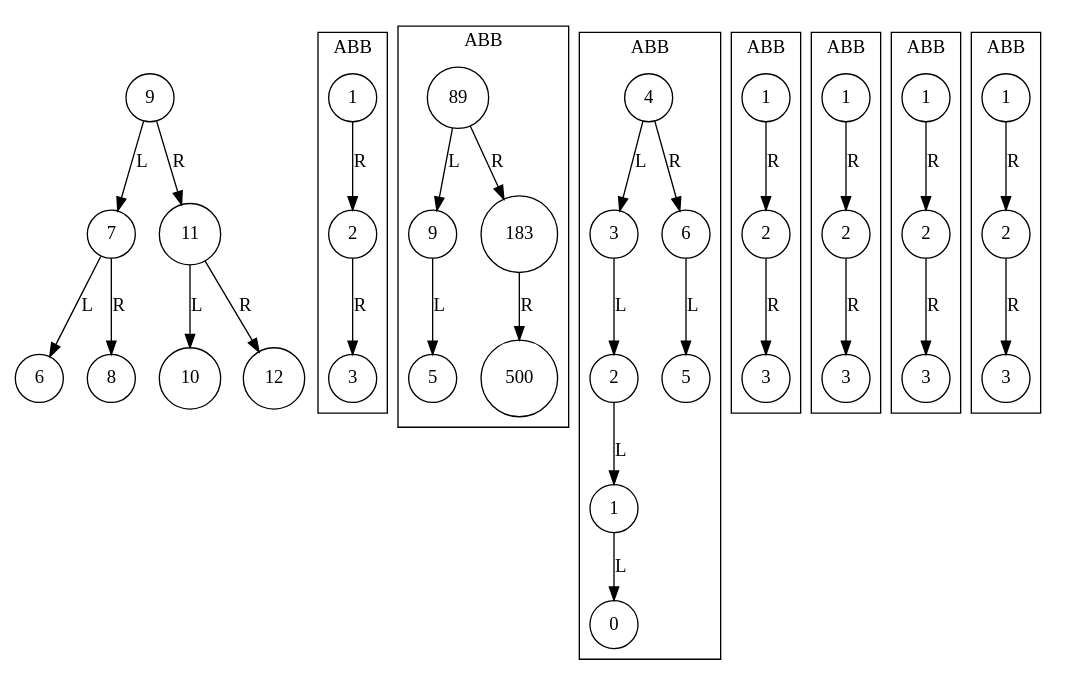
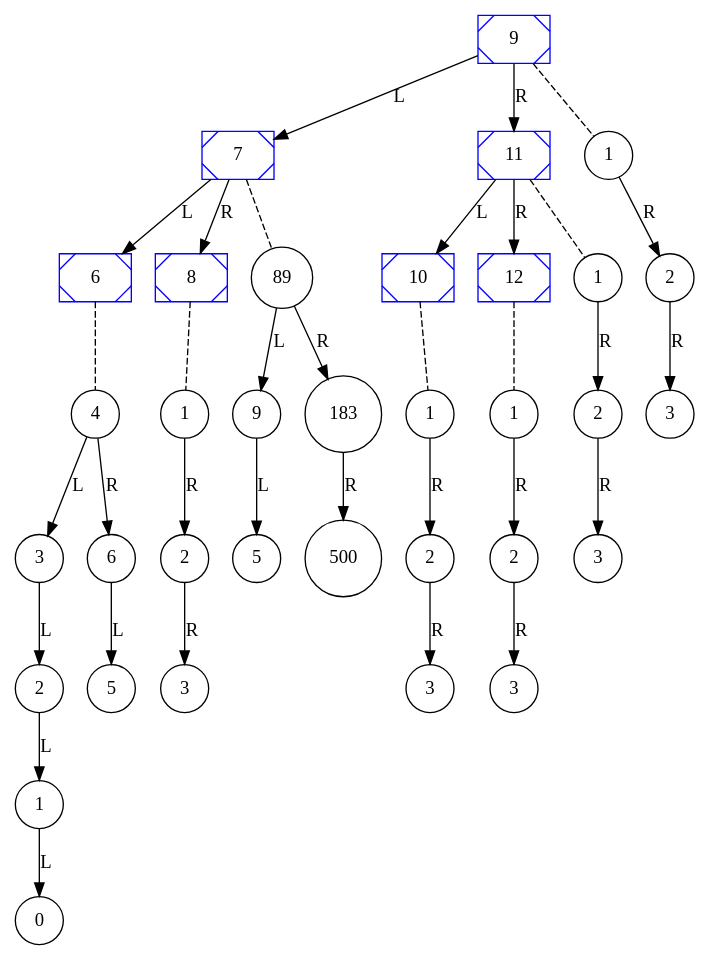
The diagram in executable/graphAVL.dot (HenryD11703/EDD_PROYECTO2_202004071), drawn with Graphviz before and after one commit. The commit also changed 23 other files, not shown here.

```diff
--- a/executable/graphAVL.dot
+++ b/executable/graphAVL.dot
@@ -1,84 +1,70 @@
 digraph G{
 node [shape=circle];
-"2137008983216"[label="9"];
-"2137008983120"[label="7"];
-"2137008983360"[label="6"];
-"2137008982640"[label="8"];
-"2137008983024"[label="11"];
-"2137008982592"[label="10"];
-"2137008983072"[label="12"];
-"2137008983216" -> "2137008983120" [label = "L"];
-"2137008983216" -> "2137008983024" [label = "R"];
-"2137008983120" -> "2137008983360" [label = "L"];
-"2137008983120" -> "2137008982640" [label = "R"];
-"2137008983024" -> "2137008982592" [label = "L"];
-"2137008983024" -> "2137008983072" [label = "R"];
-subgraph cluster_2137008983216 { 
-label="ABB";
-"2137008988960"[label="1"];
-"2137008988960" -> "2137008988992" [label = "R"];
-"2137008988992"[label="2"];
-"2137008988992" -> "2137008989248" [label = "R"];
-"2137008989248"[label="3"];
+"1406926154640"[label="9", shape="rectangle", color="#0400ff",   style="diagonals"];
+"1406926154736"[label="7", shape="rectangle", color="#0400ff",   style="diagonals"];
+"1406926154688"[label="6", shape="rectangle", color="#0400ff",   style="diagonals"];
+"1406926154544"[label="8", shape="rectangle", color="#0400ff",   style="diagonals"];
+"1406926155360"[label="11", shape="rectangle", color="#0400ff",   style="diagonals"];
+"1406926155312"[label="10", shape="rectangle", color="#0400ff",   style="diagonals"];
+"1406926155216"[label="12", shape="rectangle", color="#0400ff",   style="diagonals"];
+"1406926154640" -> "1406925704032" [style=dashed, arrowhead=none];
+"1406926154640" -> "1406926154736" [label = "L"];
+"1406926154640" -> "1406926155360" [label = "R"];
+"1406926154736" -> "1406925703808" [style=dashed, arrowhead=none];
+"1406926154736" -> "1406926154688" [label = "L"];
+"1406926154736" -> "1406926154544" [label = "R"];
+"1406926154688" -> "1406925703936" [style=dashed, arrowhead=none];
+"1406926154544" -> "1406925703776" [style=dashed, arrowhead=none];
+"1406926155360" -> "1406925704096" [style=dashed, arrowhead=none];
+"1406926155360" -> "1406926155312" [label = "L"];
+"1406926155360" -> "1406926155216" [label = "R"];
+"1406926155312" -> "1406925703456" [style=dashed, arrowhead=none];
+"1406926155216" -> "1406925703488" [style=dashed, arrowhead=none];
+"1406925704032"[label="1"];
+"1406925704032" -> "1406925704256" [label = "R"];
+"1406925704256"[label="2"];
+"1406925704256" -> "1406925703872" [label = "R"];
+"1406925703872"[label="3"];
+"1406925703808"[label="89"];
+"1406925703808" -> "1406925703552" [label = "L"];
+"1406925703808" -> "1406925703680" [label = "R"];
+"1406925703552"[label="9"];
+"1406925703552" -> "1406925703840" [label = "L"];
+"1406925703840"[label="5"];
+"1406925703680"[label="183"];
+"1406925703680" -> "1406925704352" [label = "R"];
+"1406925704352"[label="500"];
+"1406925703936"[label="4"];
+"1406925703936" -> "1406925704224" [label = "L"];
+"1406925703936" -> "1406925704320" [label = "R"];
+"1406925704224"[label="3"];
+"1406925704224" -> "1406925703968" [label = "L"];
+"1406925703968"[label="2"];
+"1406925703968" -> "1406925703744" [label = "L"];
+"1406925703744"[label="1"];
+"1406925703744" -> "1406925703616" [label = "L"];
+"1406925703616"[label="0"];
+"1406925704320"[label="6"];
+"1406925704320" -> "1406925703648" [label = "L"];
+"1406925703648"[label="5"];
+"1406925703776"[label="1"];
+"1406925703776" -> "1406925703904" [label = "R"];
+"1406925703904"[label="2"];
+"1406925703904" -> "1406925704000" [label = "R"];
+"1406925704000"[label="3"];
+"1406925704096"[label="1"];
+"1406925704096" -> "1406925704128" [label = "R"];
+"1406925704128"[label="2"];
+"1406925704128" -> "1406925704160" [label = "R"];
+"1406925704160"[label="3"];
+"1406925703456"[label="1"];
+"1406925703456" -> "1406925704064" [label = "R"];
+"1406925704064"[label="2"];
+"1406925704064" -> "1406925704288" [label = "R"];
+"1406925704288"[label="3"];
+"1406925703488"[label="1"];
+"1406925703488" -> "1406925704192" [label = "R"];
+"1406925704192"[label="2"];
+"1406925704192" -> "1406925703520" [label = "R"];
+"1406925703520"[label="3"];
 }
-subgraph cluster_2137008983120 { 
-label="ABB";
-"2137008989536"[label="89"];
-"2137008989536" -> "2137008989440" [label = "L"];
-"2137008989536" -> "2137008989312" [label = "R"];
-"2137008989440"[label="9"];
-"2137008989440" -> "2137008989088" [label = "L"];
-"2137008989088"[label="5"];
-"2137008989312"[label="183"];
-"2137008989312" -> "2137008989184" [label = "R"];
-"2137008989184"[label="500"];
-}
-subgraph cluster_2137008983360 { 
-label="ABB";
-"2137008989280"[label="4"];
-"2137008989280" -> "2137008988768" [label = "L"];
-"2137008989280" -> "2137008989152" [label = "R"];
-"2137008988768"[label="3"];
-"2137008988768" -> "2137008989120" [label = "L"];
-"2137008989120"[label="2"];
-"2137008989120" -> "2137008989568" [label = "L"];
-"2137008989568"[label="1"];
-"2137008989568" -> "2137008988704" [label = "L"];
-"2137008988704"[label="0"];
-"2137008989152"[label="6"];
-"2137008989152" -> "2137008989504" [label = "L"];
-"2137008989504"[label="5"];
-}
-subgraph cluster_2137008982640 { 
-label="ABB";
-"2137008989216"[label="1"];
-"2137008989216" -> "2137008989344" [label = "R"];
-"2137008989344"[label="2"];
-"2137008989344" -> "2137008988832" [label = "R"];
-"2137008988832"[label="3"];
-}
-subgraph cluster_2137008983024 { 
-label="ABB";
-"2137008989376"[label="1"];
-"2137008989376" -> "2137008988800" [label = "R"];
-"2137008988800"[label="2"];
-"2137008988800" -> "2137008989472" [label = "R"];
-"2137008989472"[label="3"];
-}
-subgraph cluster_2137008982592 { 
-label="ABB";
-"2137008988672"[label="1"];
-"2137008988672" -> "2137008989024" [label = "R"];
-"2137008989024"[label="2"];
-"2137008989024" -> "2137008988736" [label = "R"];
-"2137008988736"[label="3"];
-}
-subgraph cluster_2137008983072 { 
-label="ABB";
-"2137008988864"[label="1"];
-"2137008988864" -> "2137008988896" [label = "R"];
-"2137008988896"[label="2"];
-"2137008988896" -> "2137008988928" [label = "R"];
-"2137008988928"[label="3"];
-}
-}
```
